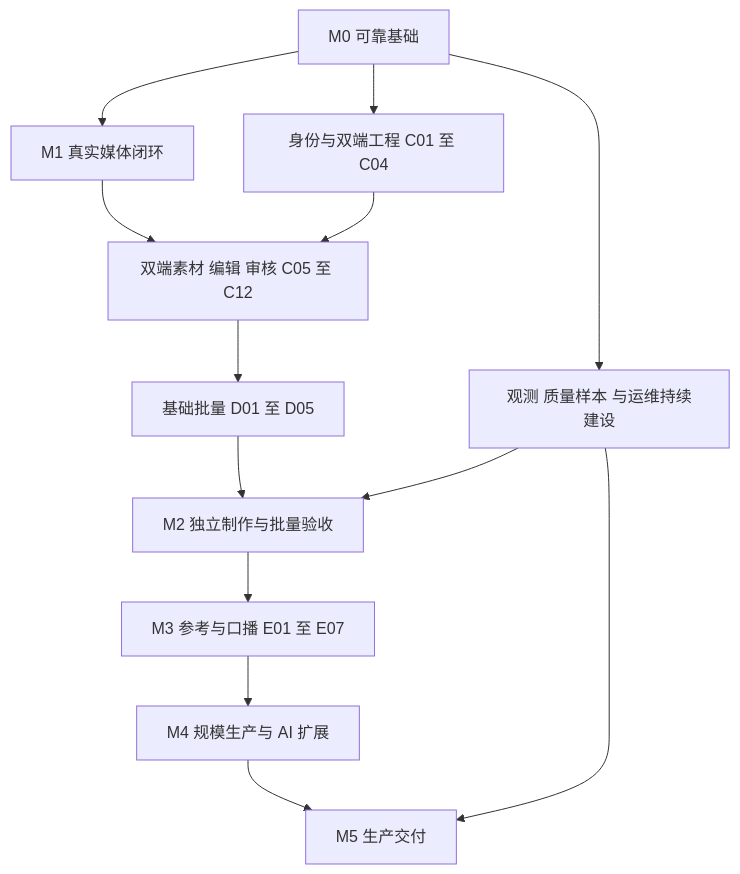
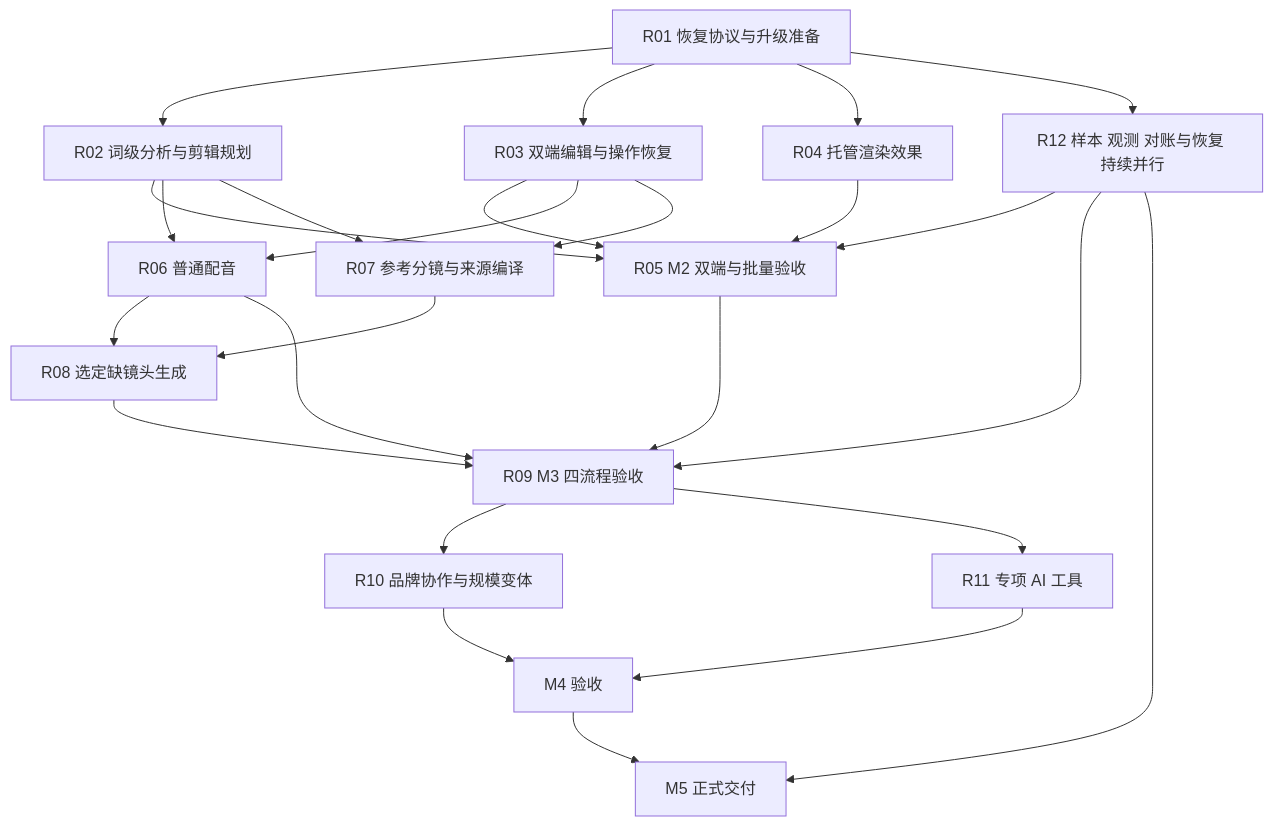
One commit to TorneyBoy/Video-AI-Studio changed the diagram in docs/development-roadmap.md. Above: the diagram before and after it, drawn with Mermaid. The commit also changed other lines of this file and 108 other files, not shown here.

````diff
--- a/docs/development-roadmap.md
+++ b/docs/development-roadmap.md
@@ -52,15 +113,27 @@
 ```mermaid
 flowchart TD
-    A[M0 可靠基础] --> B[M1 真实媒体闭环]
-    A --> C[身份与双端工程 C01 至 C04]
-    B --> D[双端素材 编辑 审核 C05 至 C12]
-    C --> D
-    D --> E[基础批量 D01 至 D05]
-    E --> M2[M2 独立制作与批量验收]
-    M2 --> F[M3 参考与口播 E01 至 E07]
-    F --> G[M4 规模生产与 AI 扩展]
-    G --> H[M5 生产交付]
-    A --> O[观测 质量样本 与运维持续建设]
-    O --> M2
-    O --> H
+    A[R01 恢复协议与升级准备] --> B[R02 词级分析与剪辑规划]
+    A --> C[R03 双端编辑与操作恢复]
+    A --> D[R04 托管渲染效果]
+    B --> E[R05 M2 双端与批量验收]
+    C --> E
+    D --> E
+    B --> F[R06 普通配音]
+    C --> F
+    B --> G[R07 参考分镜与来源编译]
+    C --> G
+    F --> H[R08 选定缺镜头生成]
+    G --> H
+    E --> I[R09 M3 四流程验收]
+    F --> I
+    H --> I
+    I --> J[R10 品牌协作与规模变体]
+    I --> K[R11 专项 AI 工具]
+    J --> L[M4 验收]
+    K --> L
+    A --> O[R12 样本 观测 对账与恢复 持续并行]
+    O --> E
+    O --> I
+    O --> M[M5 正式交付]
+    L --> M
 ```
````
